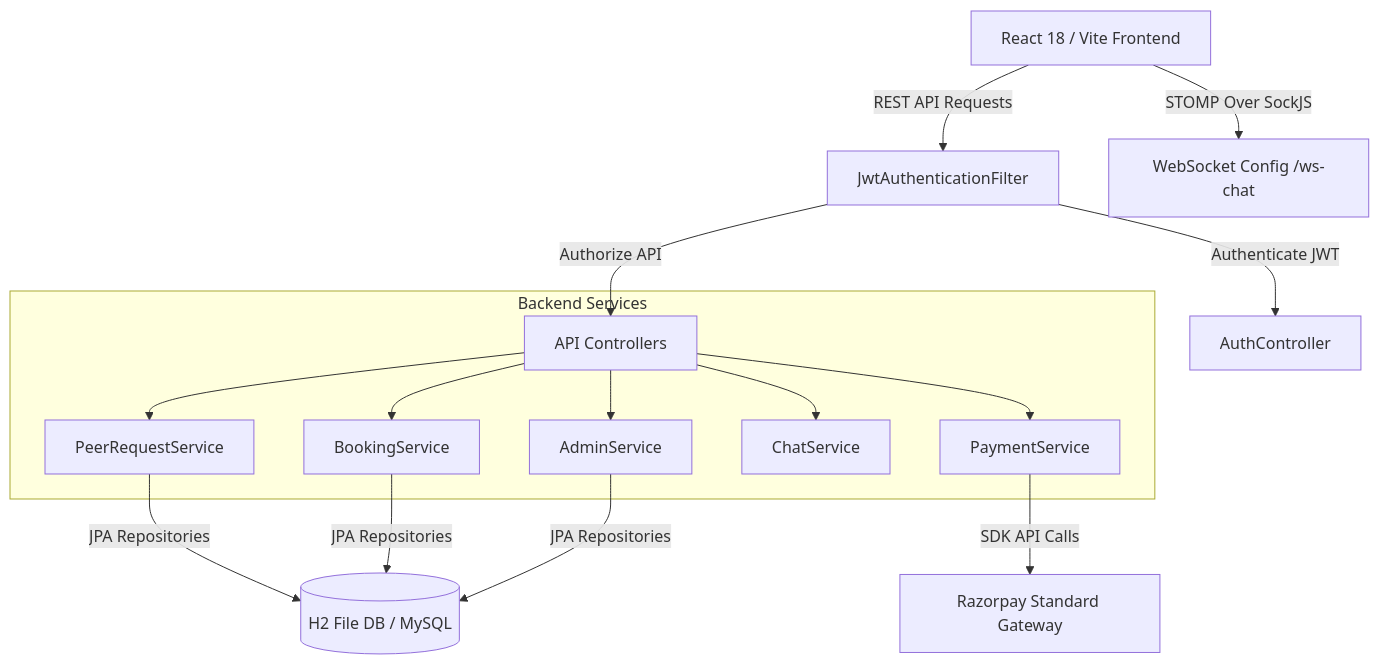
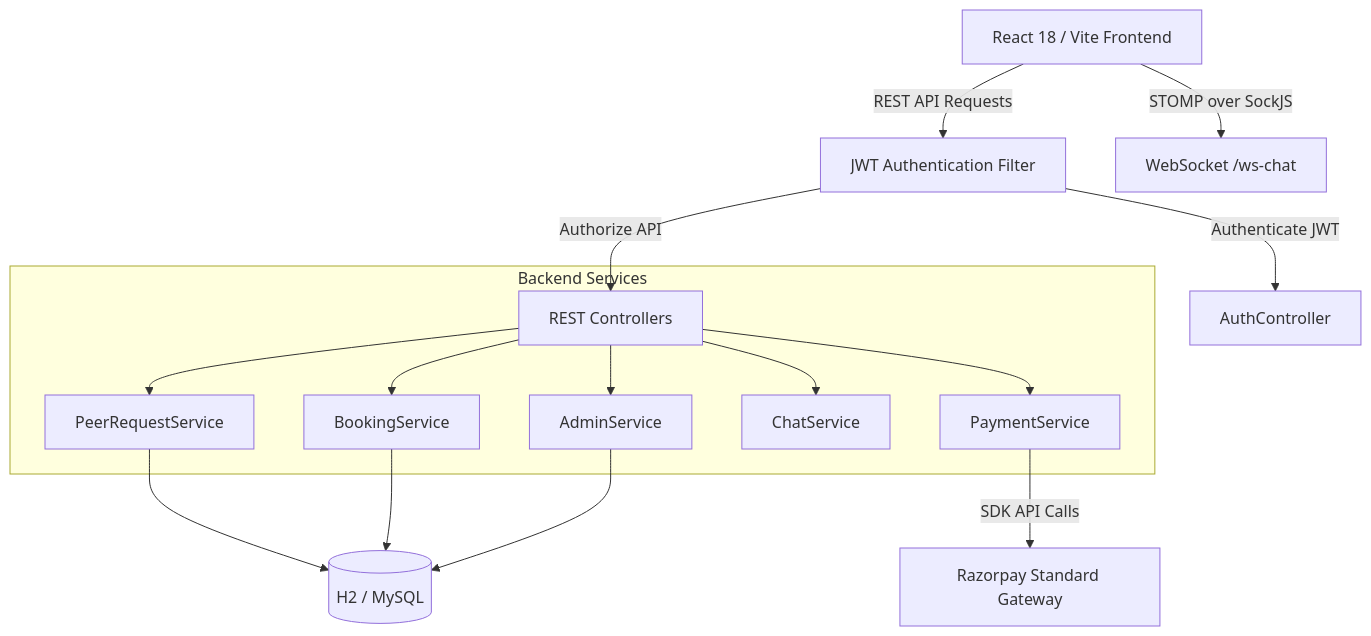
One commit to Nitesh-kDev/skillmentor changed the diagram in README.md. Above: the diagram before and after it, drawn with Mermaid. The commit also changed other lines of this file, not shown here.

````diff
--- a/README.md
+++ b/README.md
@@ -76,19 +247,25 @@
 ```mermaid
 graph TD
-    Client[React 18 / Vite Frontend] -->|REST API Requests| SecurityFilter[JwtAuthenticationFilter]
-    Client -->|STOMP Over SockJS| WSEndpoint[WebSocket Config /ws-chat]
-    
+
+    Client[React 18 / Vite Frontend]
+
+    Client -->|REST API Requests| SecurityFilter[JWT Authentication Filter]
+    Client -->|STOMP over SockJS| WSEndpoint[WebSocket /ws-chat]
+
     SecurityFilter -->|Authenticate JWT| AuthCtrl[AuthController]
-    SecurityFilter -->|Authorize API| Controllers[API Controllers]
-    
+    SecurityFilter -->|Authorize API| Controllers[REST Controllers]
+
     subgraph Backend Services
         Controllers --> PeerSvc[PeerRequestService]
         Controllers --> BookSvc[BookingService]
         Controllers --> PaySvc[PaymentService]
         Controllers --> ChatSvc[ChatService]
         Controllers --> AdminSvc[AdminService]
     end
-    
+
     PaySvc -->|SDK API Calls| Razorpay[Razorpay Standard Gateway]
-    PeerSvc & BookSvc & AdminSvc -->|JPA Repositories| DB[(H2 File DB / MySQL)]
+
+    PeerSvc --> DB[(H2 / MySQL)]
+    BookSvc --> DB
+    AdminSvc --> DB
 ```
````
